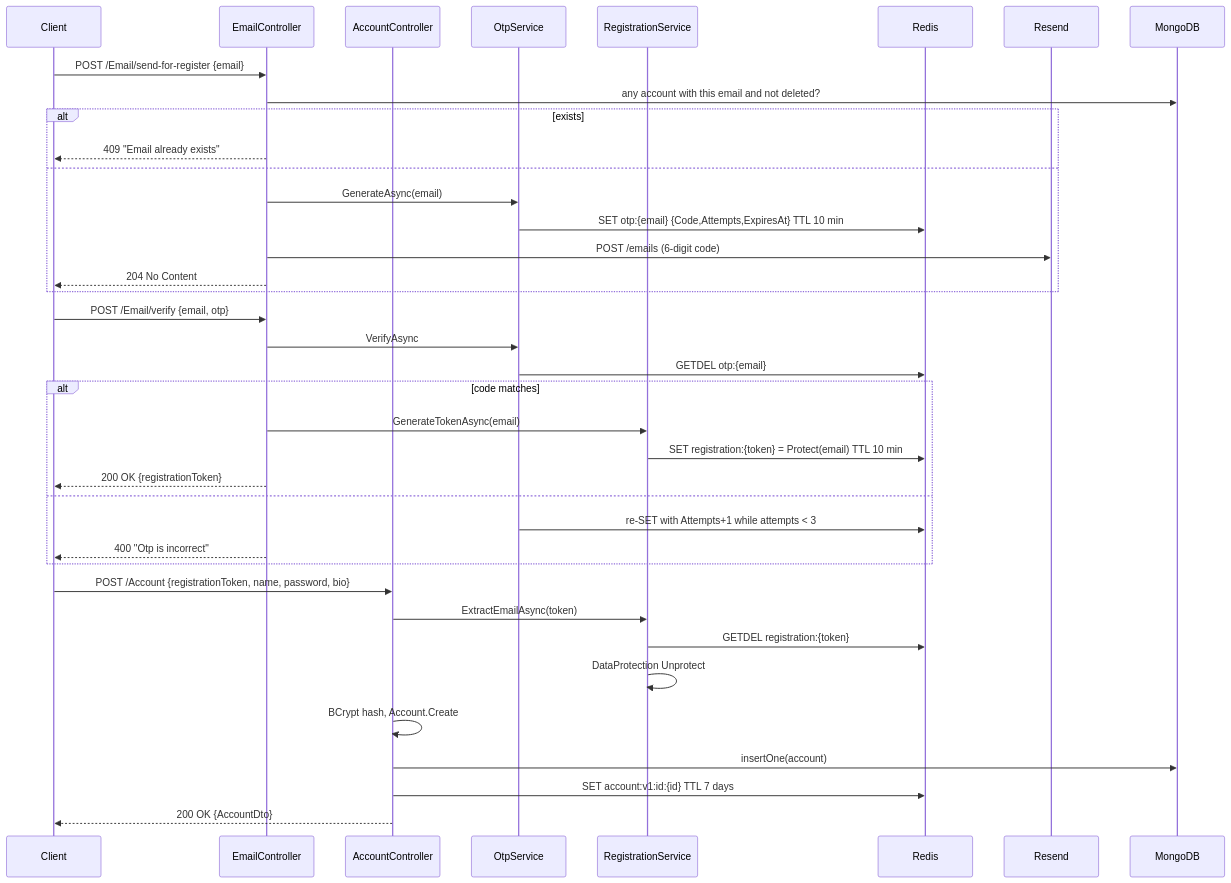
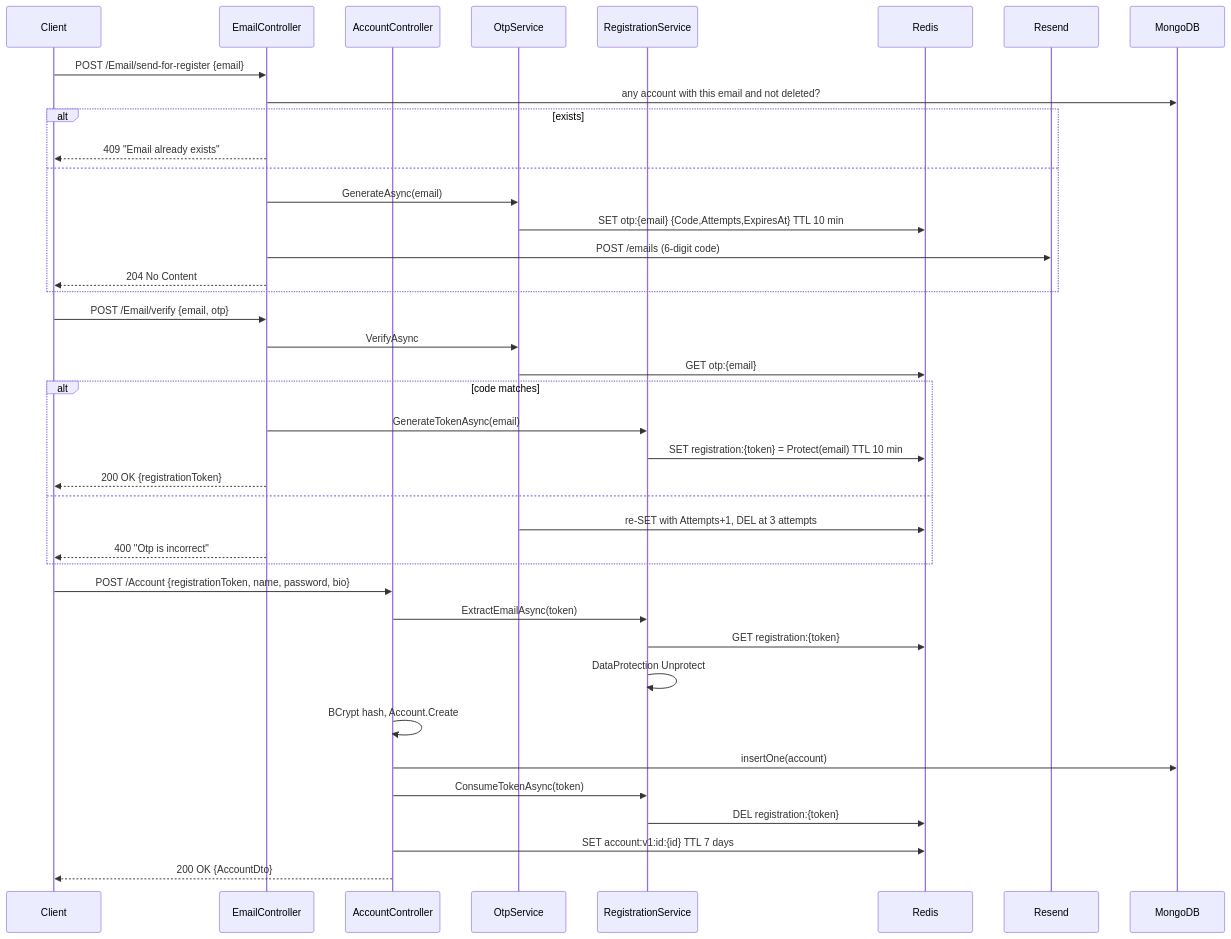
One commit to Datnguynx110605/Bump_Server changed the fourth of 4 diagrams in doc/system-design.md. Above: the diagram before and after it, drawn with Mermaid. The commit also changed other lines of this file and 18 other files, not shown here.

````diff
--- a/doc/system-design.md
+++ b/doc/system-design.md
@@ -208,43 +208,45 @@
 ```mermaid
 sequenceDiagram
     participant C as Client
     participant EC as EmailController
     participant AC as AccountController
     participant O as OtpService
     participant Reg as RegistrationService
     participant R as Redis
     participant Mail as Resend
     participant M as MongoDB
 
     C->>EC: POST /Email/send-for-register {email}
     EC->>M: any account with this email and not deleted?
     alt exists
         EC-->>C: 409 "Email already exists"
     else
         EC->>O: GenerateAsync(email)
         O->>R: SET otp:{email} {Code,Attempts,ExpiresAt} TTL 10 min
         EC->>Mail: POST /emails (6-digit code)
         EC-->>C: 204 No Content
     end
 
     C->>EC: POST /Email/verify {email, otp}
     EC->>O: VerifyAsync
-    O->>R: GETDEL otp:{email}
+    O->>R: GET otp:{email}
     alt code matches
         EC->>Reg: GenerateTokenAsync(email)
         Reg->>R: SET registration:{token} = Protect(email) TTL 10 min
         EC-->>C: 200 OK {registrationToken}
     else
-        O->>R: re-SET with Attempts+1 while attempts < 3
+        O->>R: re-SET with Attempts+1, DEL at 3 attempts
         EC-->>C: 400 "Otp is incorrect"
     end
 
     C->>AC: POST /Account {registrationToken, name, password, bio}
     AC->>Reg: ExtractEmailAsync(token)
-    Reg->>R: GETDEL registration:{token}
+    Reg->>R: GET registration:{token}
     Reg->>Reg: DataProtection Unprotect
     AC->>AC: BCrypt hash, Account.Create
     AC->>M: insertOne(account)
+    AC->>Reg: ConsumeTokenAsync(token)
+    Reg->>R: DEL registration:{token}
     AC->>R: SET account:v1:id:{id} TTL 7 days
     AC-->>C: 200 OK {AccountDto}
 ```
````
